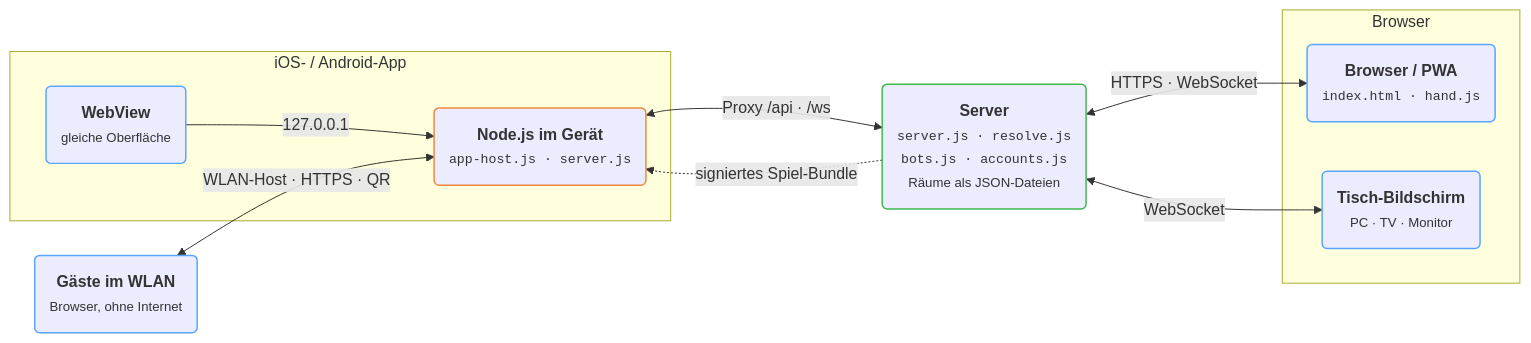
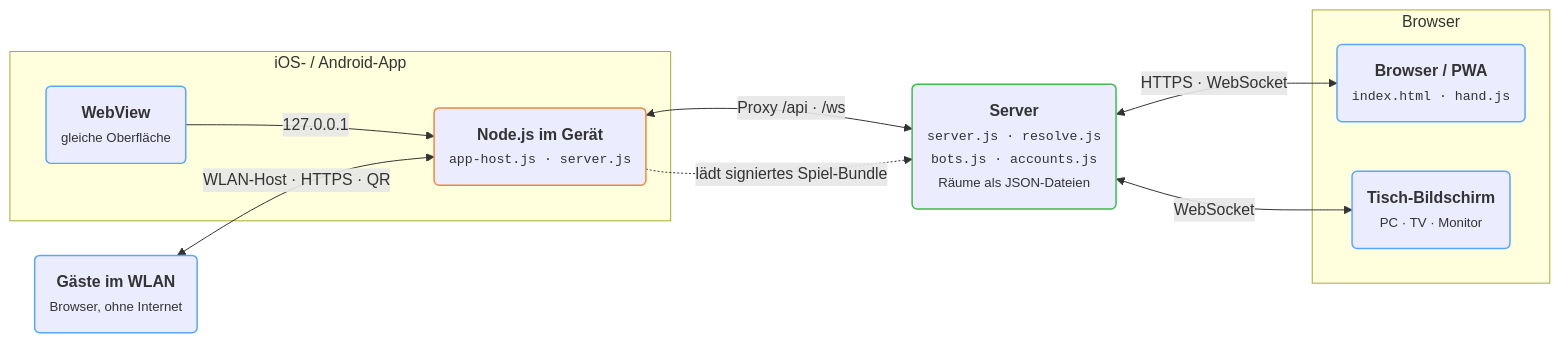
One commit to sgitaize/letzte-runde changed the diagram in docs/architecture.mmd. Above: the diagram before and after it, drawn with Mermaid. The commit also changed 1 other file, not shown here.

Commit message:
docs: cleaner architecture layout (ELK)

```diff
--- a/docs/architecture.mmd
+++ b/docs/architecture.mmd
@@ -1,22 +1,22 @@
 flowchart LR
   G("<b>Gäste im WLAN</b><br/><small>Browser, ohne Internet</small>")
   subgraph App["iOS- / Android-App"]
     W("<b>WebView</b><br/><small>gleiche Oberfläche</small>") -->|127.0.0.1| N("<b>Node.js im Gerät</b><br/><small><code>app-host.js · server.js</code></small>")
   end
   S("<b>Server</b><br/><small><code>server.js · resolve.js</code></small><br/><small><code>bots.js · accounts.js</code></small><br/><small>Räume als JSON-Dateien</small>")
   subgraph Web["Browser"]
     B("<b>Browser / PWA</b><br/><small><code>index.html · hand.js</code></small>")
     T("<b>Tisch-Bildschirm</b><br/><small>PC · TV · Monitor</small>")
   end
   G <-->|"WLAN-Host · HTTPS · QR"| N
   N <-->|"Proxy /api · /ws"| S
-  S -.->|"signiertes Spiel-Bundle"| N
+  N -.->|"lädt signiertes Spiel-Bundle"| S
   S <-->|"HTTPS · WebSocket"| B
   S <-->|WebSocket| T
 
   classDef client stroke:#58a6ff,stroke-width:1.5px
   classDef core stroke:#f0883e,stroke-width:1.5px
   classDef server stroke:#3fb950,stroke-width:1.5px
   class G,W,B,T client
   class N core
   class S server
```
